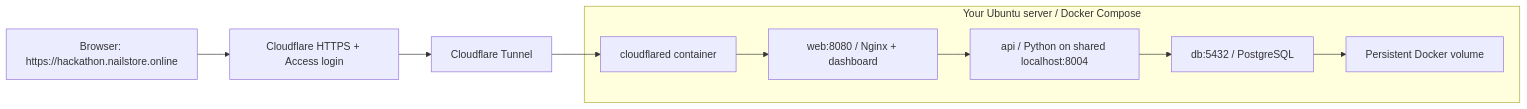
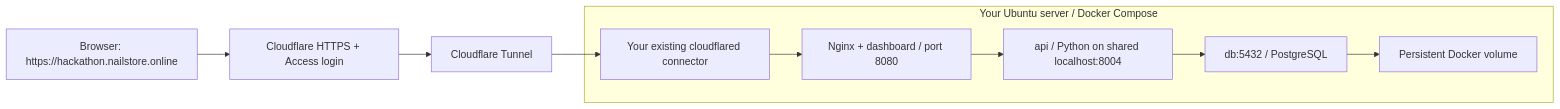
The diagram in docs/SERVER_DEPLOYMENT_STEP_BY_STEP.md (lxj17035/Fast-as-Fahhhh2.0), drawn with Mermaid before and after one commit. The commit also changed other lines of this file and 2 other files, not shown here.

Commit message:
docs: reuse existing Cloudflare tunnel and clarify origin addresses

````diff
--- a/docs/SERVER_DEPLOYMENT_STEP_BY_STEP.md
+++ b/docs/SERVER_DEPLOYMENT_STEP_BY_STEP.md
@@ -26,12 +28,12 @@
 ```mermaid
 flowchart LR
     Browser["Browser: https://hackathon.nailstore.online"] --> CF["Cloudflare HTTPS + Access login"]
     CF --> Tunnel["Cloudflare Tunnel"]
     subgraph Server["Your Ubuntu server / Docker Compose"]
-        Connector["cloudflared container"] --> Web["web:8080 / Nginx + dashboard"]
+        Connector["Your existing cloudflared connector"] --> Web["Nginx + dashboard / port 8080"]
         Web --> API["api / Python on shared localhost:8004"]
         API --> DB["db:5432 / PostgreSQL"]
         DB --> Disk["Persistent Docker volume"]
     end
     Tunnel --> Connector
 ```
````
